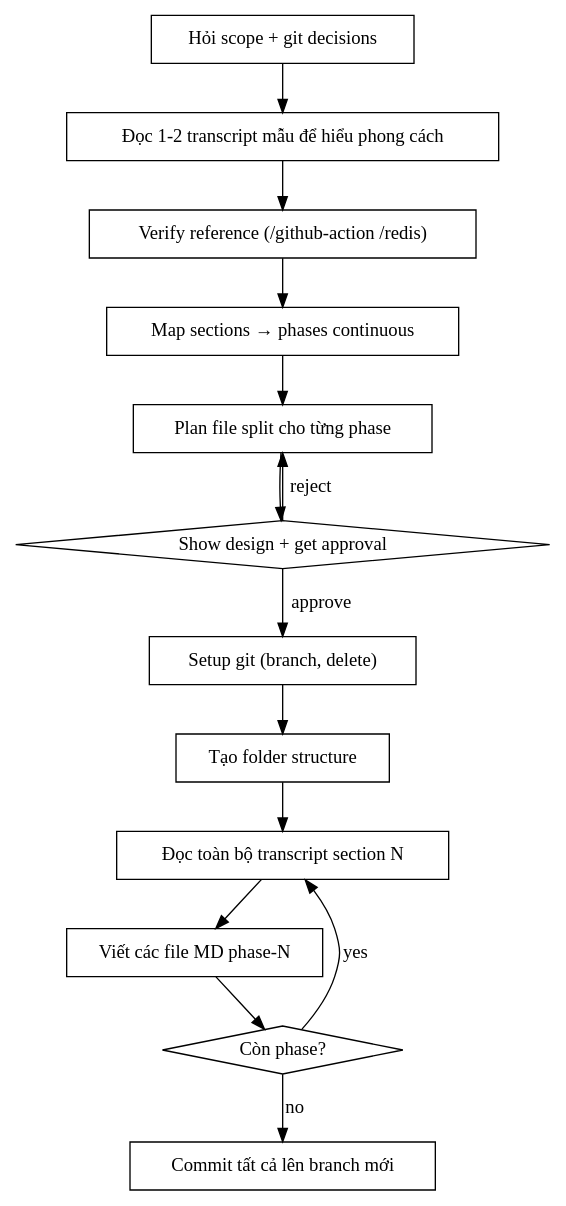
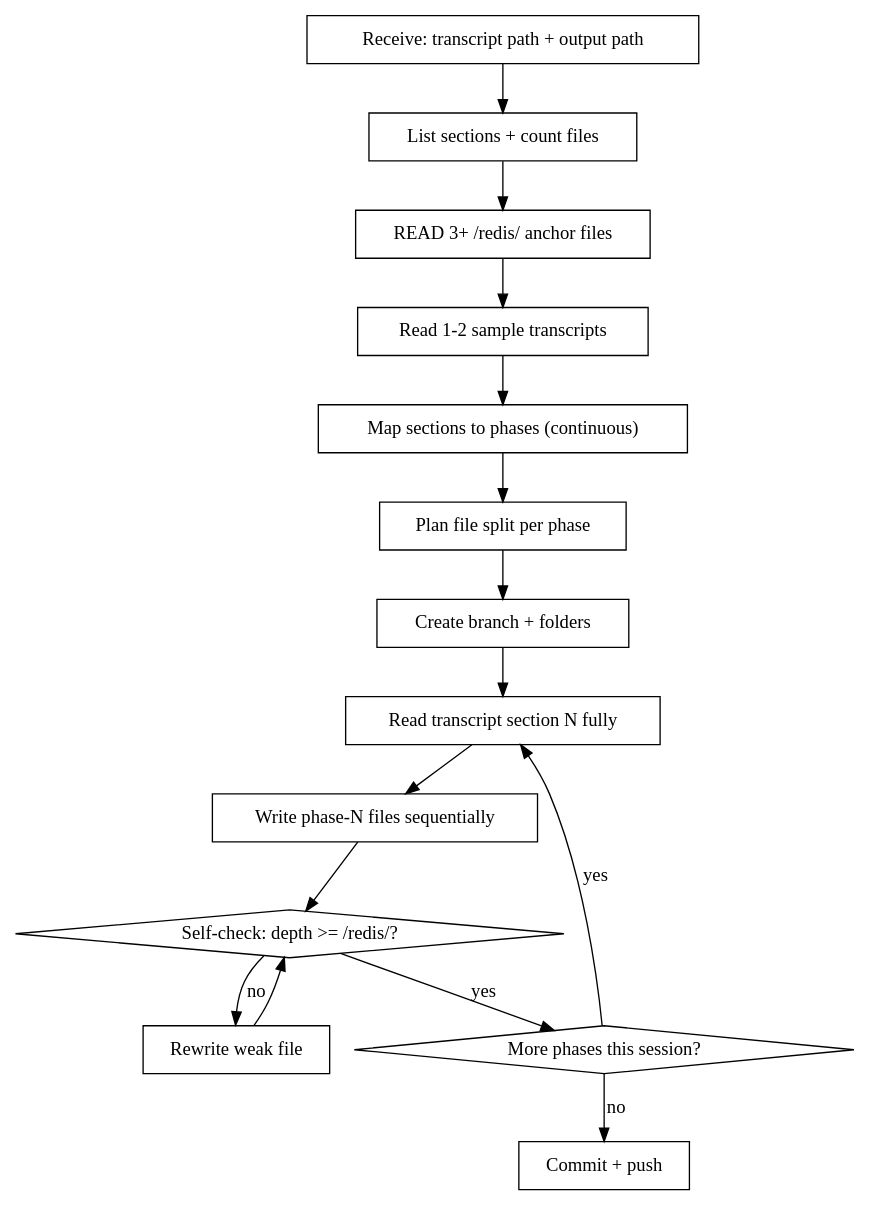
Before and after one commit to nguyenhuyhoanganh/claude-learn: the diagram in .claude/skills/transcript-to-teaching/SKILL.md, drawn with Graphviz. The commit also changed other lines of this file and 7 other files, not shown here.

First line of the commit message:
Add Redis phase-4 (Hash) and phase-5 (Gotchas), rewrite teaching skill

````diff
--- a/.claude/skills/transcript-to-teaching/SKILL.md
+++ b/.claude/skills/transcript-to-teaching/SKILL.md
@@ -102,30 +196,32 @@
 ```dot
 digraph workflow {
-    "Hỏi scope + git decisions" [shape=box];
-    "Đọc 1-2 transcript mẫu để hiểu phong cách" [shape=box];
-    "Verify reference (/github-action /redis)" [shape=box];
-    "Map sections → phases continuous" [shape=box];
-    "Plan file split cho từng phase" [shape=box];
-    "Show design + get approval" [shape=diamond];
-    "Setup git (branch, delete)" [shape=box];
-    "Tạo folder structure" [shape=box];
-    "Đọc toàn bộ transcript section N" [shape=box];
-    "Viết các file MD phase-N" [shape=box];
-    "Còn phase?" [shape=diamond];
-    "Commit tất cả lên branch mới" [shape=box];
+    "Receive: transcript path + output path" [shape=box];
+    "List sections + count files" [shape=box];
+    "READ 3+ /redis/ anchor files" [shape=box];
+    "Read 1-2 sample transcripts" [shape=box];
+    "Map sections to phases (continuous)" [shape=box];
+    "Plan file split per phase" [shape=box];
+    "Create branch + folders" [shape=box];
+    "Read transcript section N fully" [shape=box];
+    "Write phase-N files sequentially" [shape=box];
+    "Self-check: depth >= /redis/?" [shape=diamond];
+    "Rewrite weak file" [shape=box];
+    "More phases this session?" [shape=diamond];
+    "Commit + push" [shape=box];
 
-    "Hỏi scope + git decisions" -> "Đọc 1-2 transcript mẫu để hiểu phong cách";
-    "Đọc 1-2 transcript mẫu để hiểu phong cách" -> "Verify reference (/github-action /redis)";
-    "Verify reference (/github-action /redis)" -> "Map sections → phases continuous";
-    "Map sections → phases continuous" -> "Plan file split cho từng phase";
-    "Plan file split cho từng phase" -> "Show design + get approval";
-    "Show design + get approval" -> "Plan file split cho từng phase" [label="reject"];
-    "Show design + get approval" -> "Setup git (branch, delete)" [label="approve"];
-    "Setup git (branch, delete)" -> "Tạo folder structure";
-    "Tạo folder structure" -> "Đọc toàn bộ transcript section N";
-    "Đọc toàn bộ transcript section N" -> "Viết các file MD phase-N";
-    "Viết các file MD phase-N" -> "Còn phase?";
-    "Còn phase?" -> "Đọc toàn bộ transcript section N" [label="yes"];
-    "Còn phase?" -> "Commit tất cả lên branch mới" [label="no"];
+    "Receive: transcript path + output path" -> "List sections + count files";
+    "List sections + count files" -> "READ 3+ /redis/ anchor files";
+    "READ 3+ /redis/ anchor files" -> "Read 1-2 sample transcripts";
+    "Read 1-2 sample transcripts" -> "Map sections to phases (continuous)";
+    "Map sections to phases (continuous)" -> "Plan file split per phase";
+    "Plan file split per phase" -> "Create branch + folders";
+    "Create branch + folders" -> "Read transcript section N fully";
+    "Read transcript section N fully" -> "Write phase-N files sequentially";
+    "Write phase-N files sequentially" -> "Self-check: depth >= /redis/?";
+    "Self-check: depth >= /redis/?" -> "Rewrite weak file" [label="no"];
+    "Rewrite weak file" -> "Self-check: depth >= /redis/?";
+    "Self-check: depth >= /redis/?" -> "More phases this session?" [label="yes"];
+    "More phases this session?" -> "Read transcript section N fully" [label="yes"];
+    "More phases this session?" -> "Commit + push" [label="no"];
 }
 ```
````
